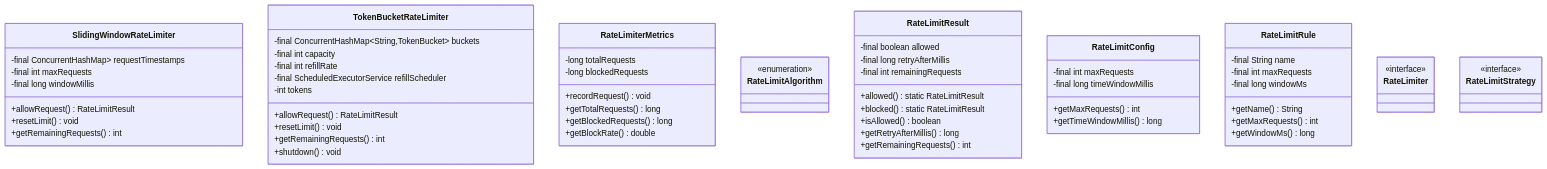
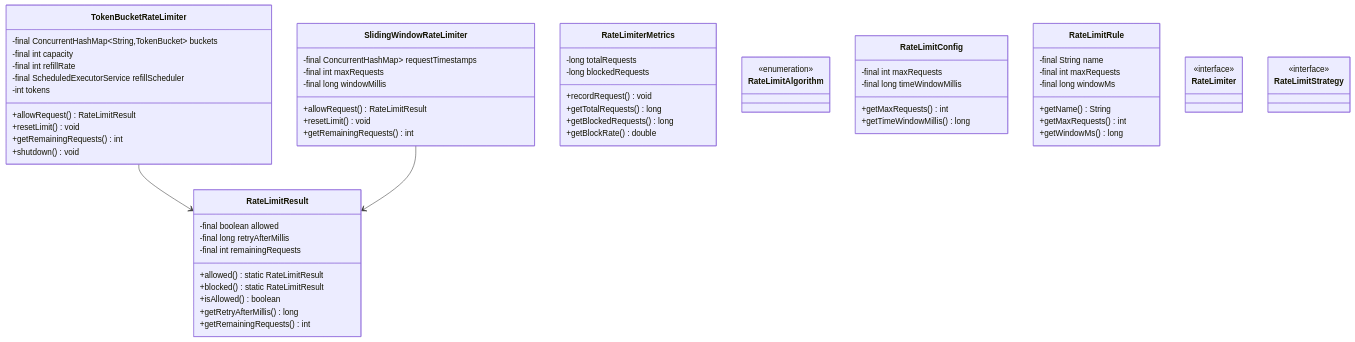
Before and after one commit to dlkr18/lld-playbook: the diagram in docs/problems/ratelimiter/README.md, drawn with Mermaid. The commit also changed 113 other files, not shown here.

````diff
--- a/docs/problems/ratelimiter/README.md
+++ b/docs/problems/ratelimiter/README.md
@@ -92,69 +92,72 @@
 ```mermaid
 classDiagram
 
     class SlidingWindowRateLimiter {
         -final ConcurrentHashMap<String, Queue<Long>> requestTimestamps
         -final int maxRequests
         -final long windowMillis
         +allowRequest() RateLimitResult
         +resetLimit() void
         +getRemainingRequests() int
     }
 
     class TokenBucketRateLimiter {
         -final ConcurrentHashMap~String,TokenBucket~ buckets
         -final int capacity
         -final int refillRate
         -final ScheduledExecutorService refillScheduler
         -int tokens
         +allowRequest() RateLimitResult
         +resetLimit() void
         +getRemainingRequests() int
         +shutdown() void
     }
 
     class RateLimiterMetrics {
         -long totalRequests
         -long blockedRequests
         +recordRequest() void
         +getTotalRequests() long
         +getBlockedRequests() long
         +getBlockRate() double
     }
 
     class RateLimitAlgorithm
     <<enumeration>> RateLimitAlgorithm
 
     class RateLimitResult {
         -final boolean allowed
         -final long retryAfterMillis
         -final int remainingRequests
         +allowed() static RateLimitResult
         +blocked() static RateLimitResult
         +isAllowed() boolean
         +getRetryAfterMillis() long
         +getRemainingRequests() int
     }
 
     class RateLimitConfig {
         -final int maxRequests
         -final long timeWindowMillis
         +getMaxRequests() int
         +getTimeWindowMillis() long
     }
 
     class RateLimitRule {
         -final String name
         -final int maxRequests
         -final long windowMs
         +getName() String
         +getMaxRequests() int
         +getWindowMs() long
     }
 
     class RateLimiter
     <<interface>> RateLimiter
 
     class RateLimitStrategy
     <<interface>> RateLimitStrategy
+
+    TokenBucketRateLimiter --> RateLimitResult
+    SlidingWindowRateLimiter --> RateLimitResult
 ```
````
